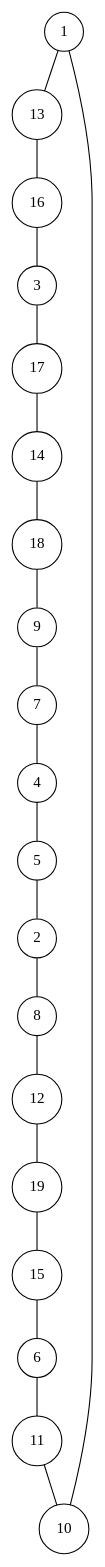
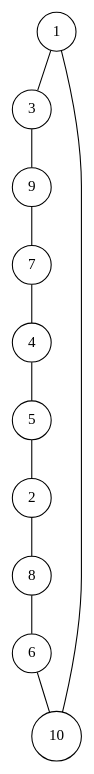
One commit to lugot/tsp-approximation changed the diagram in data_generated/random1012484/random1012484.1.dot. Above: the diagram before and after it, drawn with Graphviz. The commit also changed 69 other files, not shown here.

```diff
--- a/data_generated/random1012484/random1012484.1.dot
+++ b/data_generated/random1012484/random1012484.1.dot
@@ -1,42 +1,24 @@
 graph random1012484 {
 	node [shape=circle fillcolor=white]
-	1 [ pos = "0.667158,3.291296!"]
-	2 [ pos = "17.711670,14.948317!"]
-	3 [ pos = "8.457189,7.426452!"]
-	4 [ pos = "20.000000,12.982976!"]
-	5 [ pos = "19.648191,15.435664!"]
-	6 [ pos = "3.204100,11.130648!"]
-	7 [ pos = "18.055529,12.025427!"]
-	8 [ pos = "13.760635,15.675307!"]
-	9 [ pos = "16.573455,9.454567!"]
-	10 [ pos = "2.087824,7.511968!"]
-	11 [ pos = "4.439135,8.397395!"]
-	12 [ pos = "13.074147,19.931845!"]
-	13 [ pos = "8.711208,2.990664!"]
-	14 [ pos = "14.859308,3.850754!"]
-	15 [ pos = "3.377204,11.441336!"]
-	16 [ pos = "8.033593,4.044362!"]
-	17 [ pos = "14.732632,4.742245!"]
-	18 [ pos = "18.992679,2.186805!"]
-	19 [ pos = "12.168697,17.989661!"]
+	1 [ pos = "0.166790,0.822824!"]
+	2 [ pos = "4.427917,3.737079!"]
+	3 [ pos = "2.114297,1.856613!"]
+	4 [ pos = "5.000000,3.245744!"]
+	5 [ pos = "4.912048,3.858916!"]
+	6 [ pos = "0.801025,2.782662!"]
+	7 [ pos = "4.513882,3.006357!"]
+	8 [ pos = "3.440159,3.918827!"]
+	9 [ pos = "4.143364,2.363642!"]
+	10 [ pos = "0.521956,1.877992!"]
 
-	1 -- 13
+	1 -- 3
 	2 -- 8
-	3 -- 17
+	3 -- 9
 	4 -- 5
 	5 -- 2
-	6 -- 11
+	6 -- 10
 	7 -- 4
-	8 -- 12
+	8 -- 6
 	9 -- 7
 	10 -- 1
-	11 -- 10
-	12 -- 19
-	13 -- 16
-	14 -- 18
-	15 -- 6
-	16 -- 3
-	17 -- 14
-	18 -- 9
-	19 -- 15
 }
```
